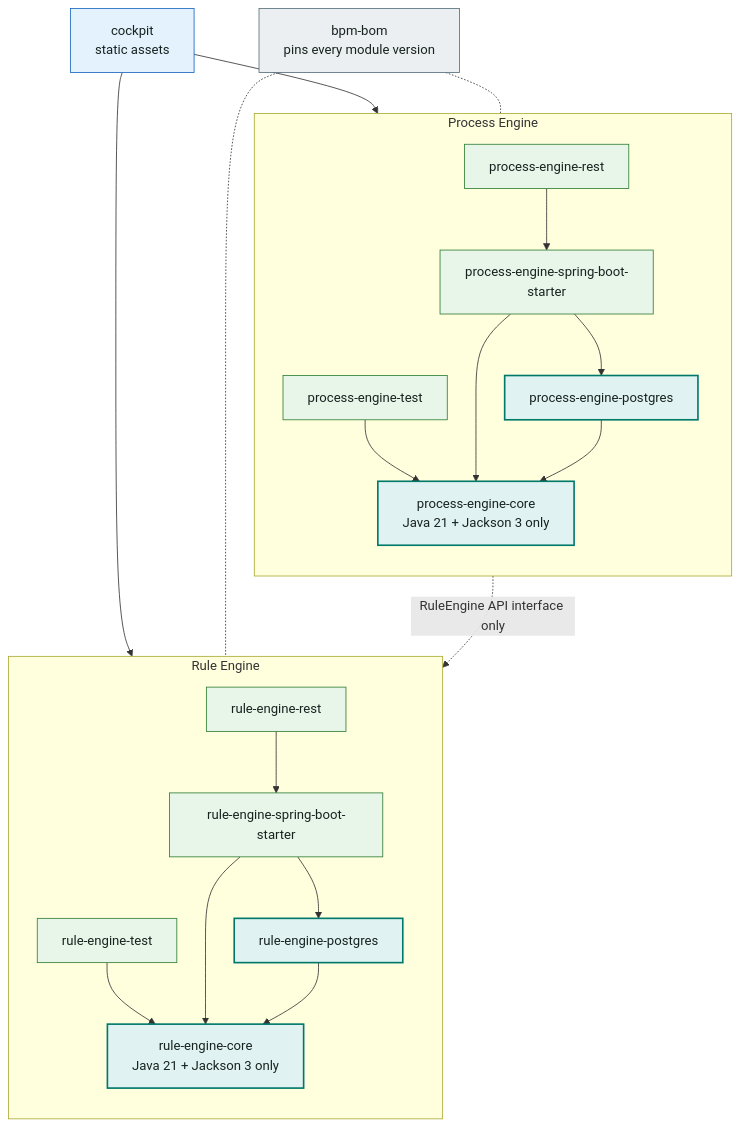
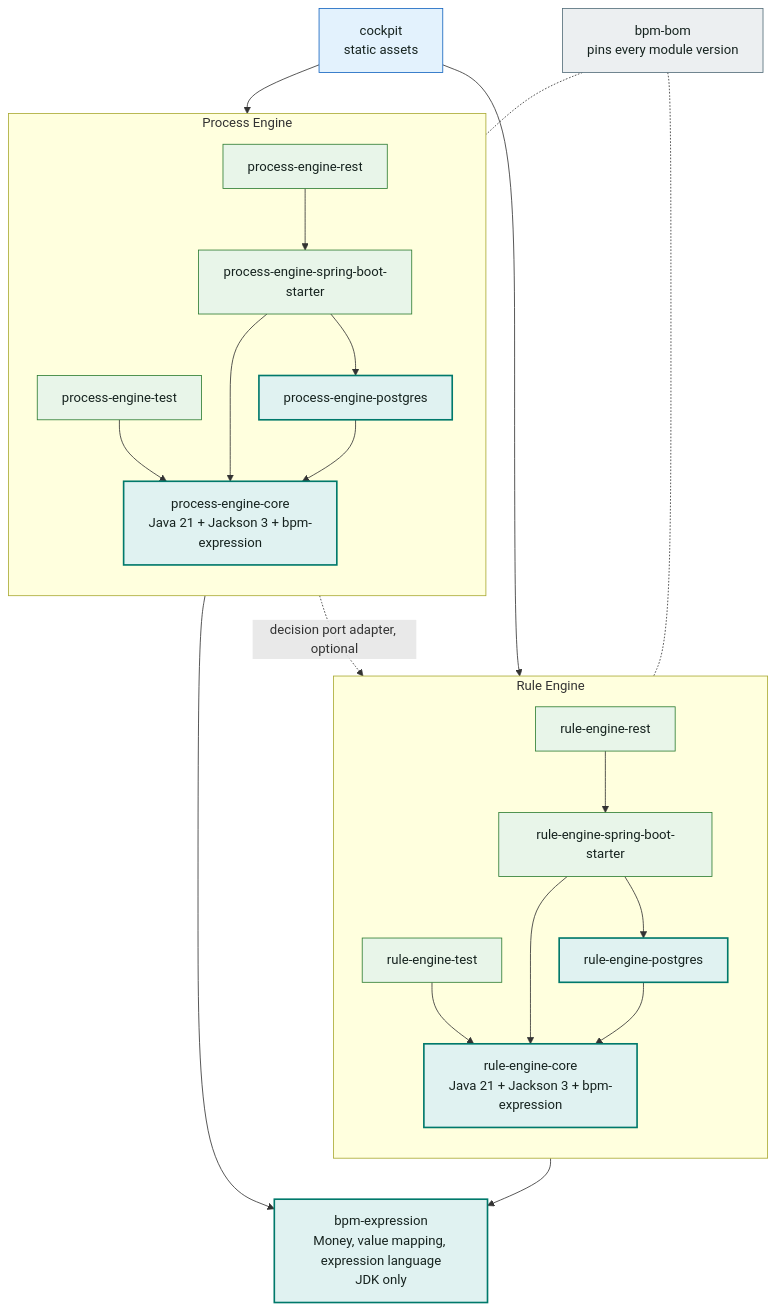
The diagram in wiki/diagrams/module-structure.mmd (dhluong90/horus-Agentic-BPM), drawn with Mermaid before and after one commit. The commit also changed 122 other files, not shown here.

First line of the commit message:
feat(platform): shared expression library and decision port (#167)

```diff
--- a/wiki/diagrams/module-structure.mmd
+++ b/wiki/diagrams/module-structure.mmd
@@ -1,33 +1,36 @@
 flowchart TB
   subgraph RuleEngine["Rule Engine"]
     direction TB
     RT["rule-engine-test"] --> RC
     RR["rule-engine-rest"] --> RS["rule-engine-spring-boot-starter"]
     RS --> RP["rule-engine-postgres"]
-    RS --> RC["rule-engine-core<br/>Java 21 + Jackson 3 only"]
+    RS --> RC["rule-engine-core<br/>Java 21 + Jackson 3 + bpm-expression"]
     RP --> RC
   end
   subgraph ProcessEngine["Process Engine"]
     direction TB
     PT["process-engine-test"] --> PC
     PR["process-engine-rest"] --> PS["process-engine-spring-boot-starter"]
     PS --> PP["process-engine-postgres"]
-    PS --> PC["process-engine-core<br/>Java 21 + Jackson 3 only"]
+    PS --> PC["process-engine-core<br/>Java 21 + Jackson 3 + bpm-expression"]
     PP --> PC
   end
-  PC -.->|"RuleEngine API interface only"| RC
+  EX["bpm-expression<br/>Money, value mapping, expression language<br/>JDK only"]
+  RC --> EX
+  PC --> EX
+  PS -.->|"decision port adapter, optional"| RC
   CK["cockpit<br/>static assets"] --> RR
   CK --> PR
   BOM["bpm-bom<br/>pins every module version"] -.- RuleEngine
   BOM -.- ProcessEngine
 
   classDef client fill:#E3F2FD,stroke:#1565C0,color:#16231F
   classDef host fill:#E8F5E9,stroke:#2E7D32,color:#16231F
   classDef engine fill:#E0F2F1,stroke:#00796B,stroke-width:2px,color:#16231F
   classDef db fill:#FFF8E1,stroke:#F9A825,color:#16231F
   classDef external fill:#F3E5F5,stroke:#6A1B9A,color:#16231F
   classDef obs fill:#ECEFF1,stroke:#546E7A,color:#16231F
-  class RC,PC,RP,PP engine
+  class RC,PC,RP,PP,EX engine
   class RS,PS,RR,PR,RT,PT host
   class CK client
   class BOM obs
```
